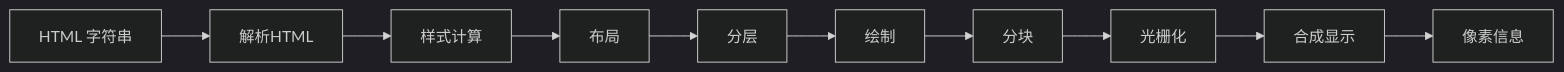
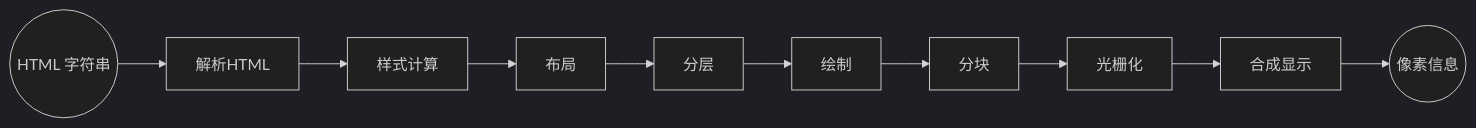
The first of 2 diagrams in src/blog/basic/浏览器渲染原理02.md (xinfei-fun/YouZi_Stack), drawn with Mermaid (dark theme) before and after one commit. The commit also changed other lines of this file and 2 other files, not shown here.

````diff
--- a/src/blog/basic/浏览器渲染原理02.md
+++ b/src/blog/basic/浏览器渲染原理02.md
@@ -38,12 +41,12 @@
 ```mermaid
 graph LR
-  A[HTML 字符串] --> B[解析HTML]
+  A((HTML 字符串)) --> B[解析HTML]
   B --> C[样式计算]
   C --> D[布局]
   D --> G[分层]
   G --> F[绘制]
   F --> E[分块]
   E --> H[光栅化]
   H --> I[合成显示]
-  I --> J[像素信息]  
+  I --> J((像素信息))  
 ```
````
